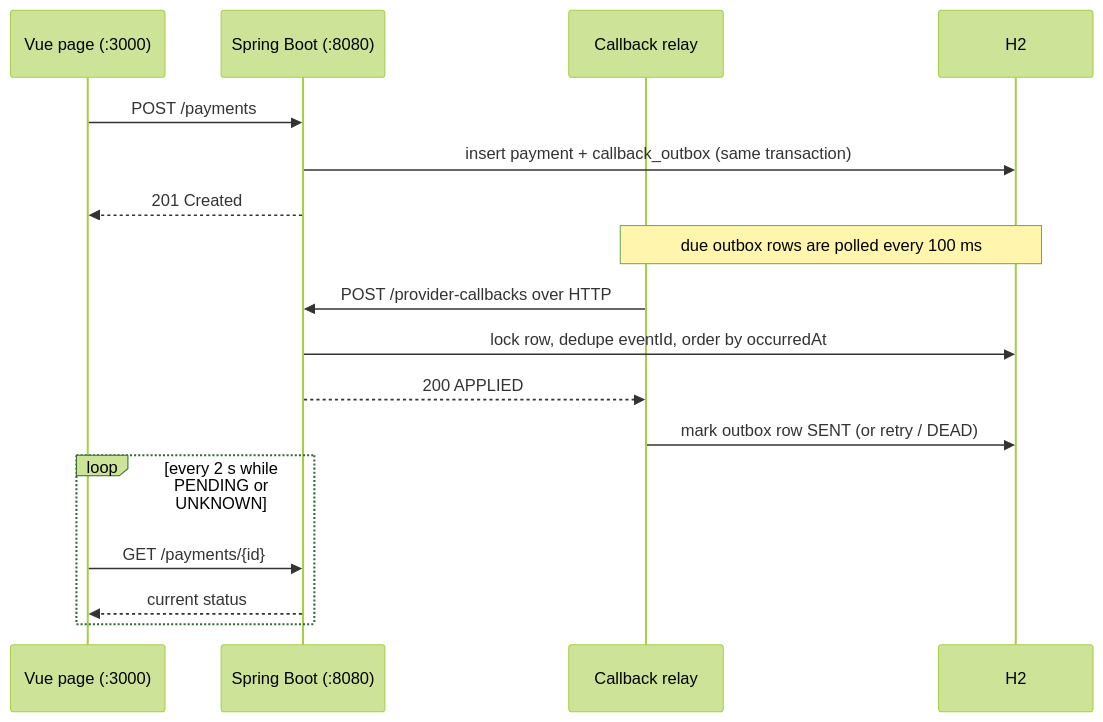
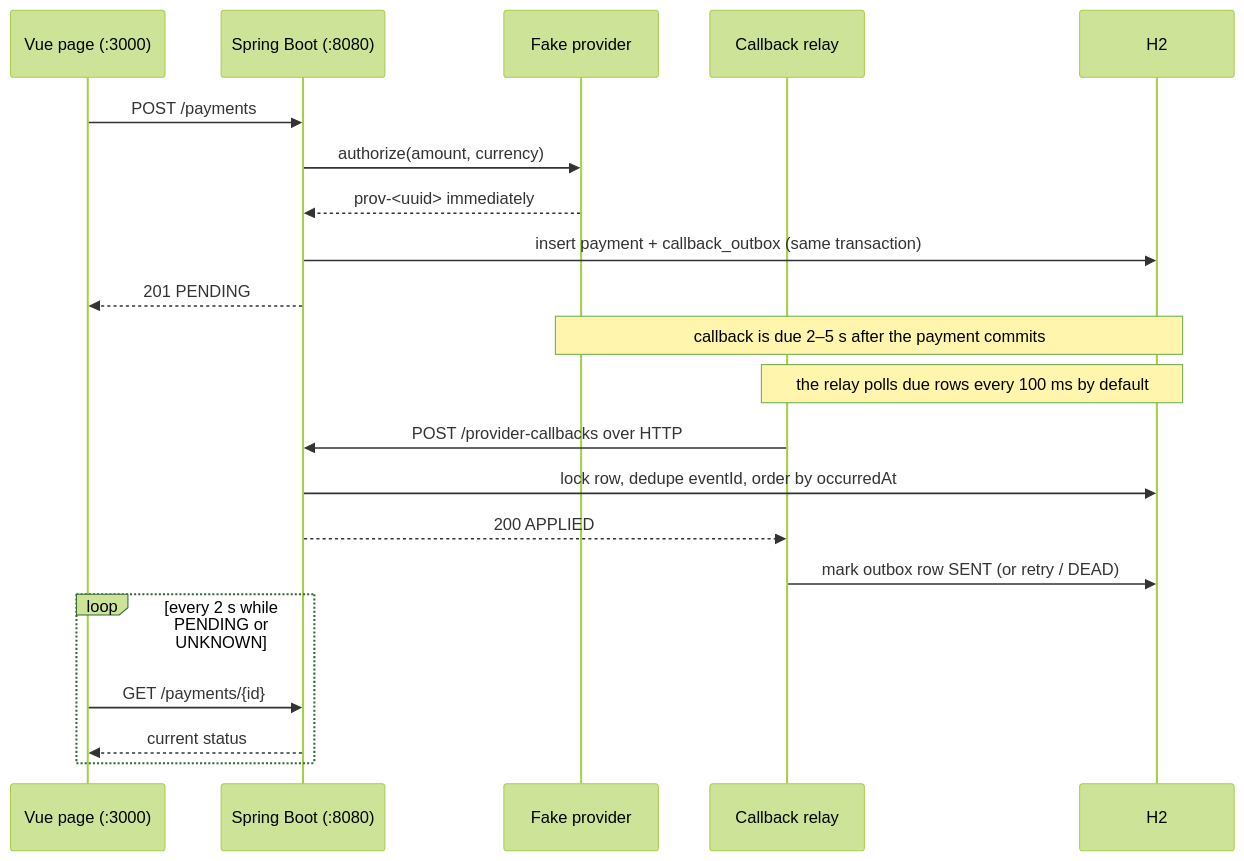
One commit to TarouShota/payment-inbox-feg changed the diagram in README.md. Above: the diagram before and after it, drawn with Mermaid (forest theme). The commit also changed other lines of this file and 16 other files, not shown here.

````diff
--- a/README.md
+++ b/README.md
@@ -23,20 +25,24 @@
 ```mermaid
 sequenceDiagram
     participant UI as Vue page (:3000)
     participant API as Spring Boot (:8080)
+    participant P as Fake provider
     participant R as Callback relay
     participant DB as H2
 
     UI->>API: POST /payments
+    API->>P: authorize(amount, currency)
+    P-->>API: prov-<uuid> immediately
     API->>DB: insert payment + callback_outbox (same transaction)
-    API-->>UI: 201 Created
-    Note over R,DB: due outbox rows are polled every 100 ms
+    API-->>UI: 201 PENDING
+    Note over P,DB: callback is due 2–5 s after the payment commits
+    Note over R,DB: the relay polls due rows every 100 ms by default
     R->>API: POST /provider-callbacks over HTTP
     API->>DB: lock row, dedupe eventId, order by occurredAt
     API-->>R: 200 APPLIED
     R->>DB: mark outbox row SENT (or retry / DEAD)
     loop every 2 s while PENDING or UNKNOWN
         UI->>API: GET /payments/{id}
         API-->>UI: current status
     end
 ```
````
